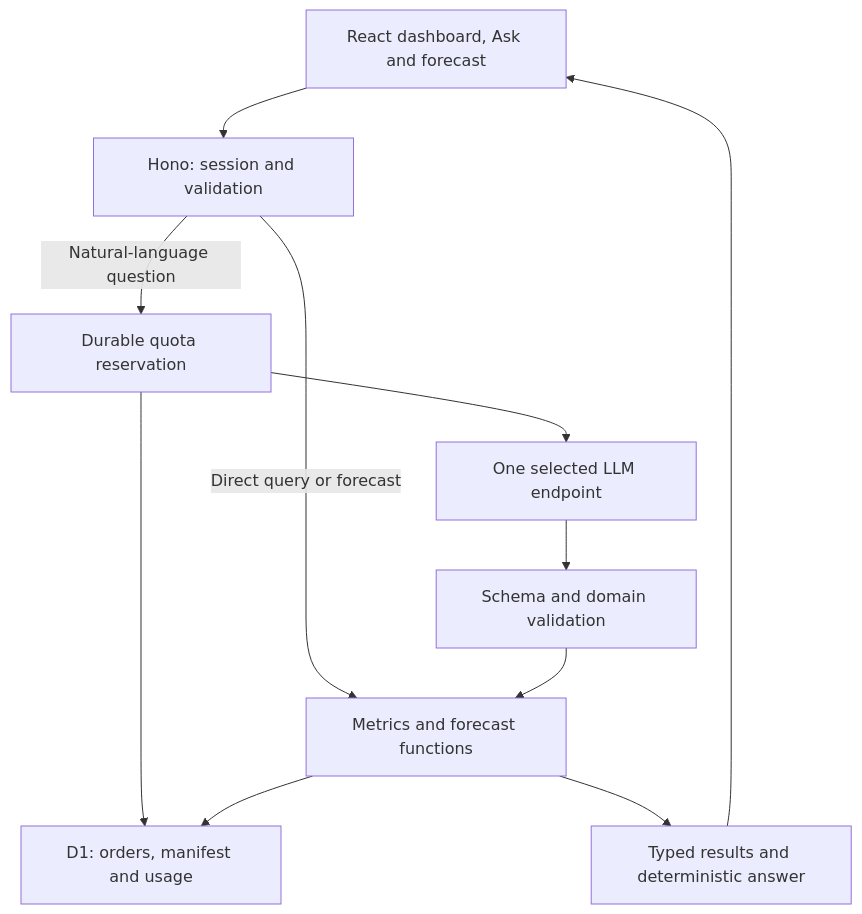
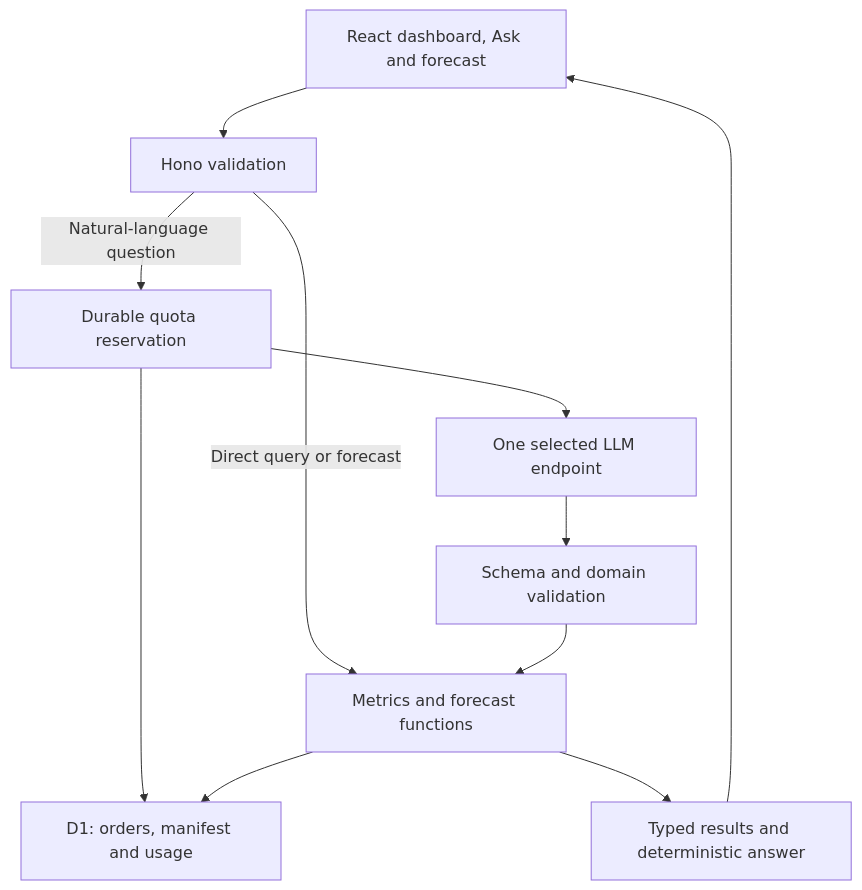
One commit to itanium-g/logistics-data-analytics changed the diagram in SETUP_AND_COMPARISON.md. Above: the diagram before and after it, drawn with Mermaid. The commit also changed other lines of this file and 8 other files, not shown here.

````diff
--- a/SETUP_AND_COMPARISON.md
+++ b/SETUP_AND_COMPARISON.md
@@ -32,13 +34,13 @@
 ```mermaid
 flowchart TD
-    UI["React dashboard, Ask and forecast"] --> API["Hono: session and validation"]
+    UI["React dashboard, Ask and forecast"] --> API["Hono validation"]
     API -->|Direct query or forecast| DOMAIN["Metrics and forecast functions"]
     API -->|Natural-language question| GUARD["Durable quota reservation"]
     GUARD --> MODEL["One selected LLM endpoint"]
     MODEL --> CHECK["Schema and domain validation"]
     CHECK --> DOMAIN
     GUARD --> DB["D1: orders, manifest and usage"]
     DOMAIN --> DB
     DOMAIN --> RESULT["Typed results and deterministic answer"]
     RESULT --> UI
 ```
````
